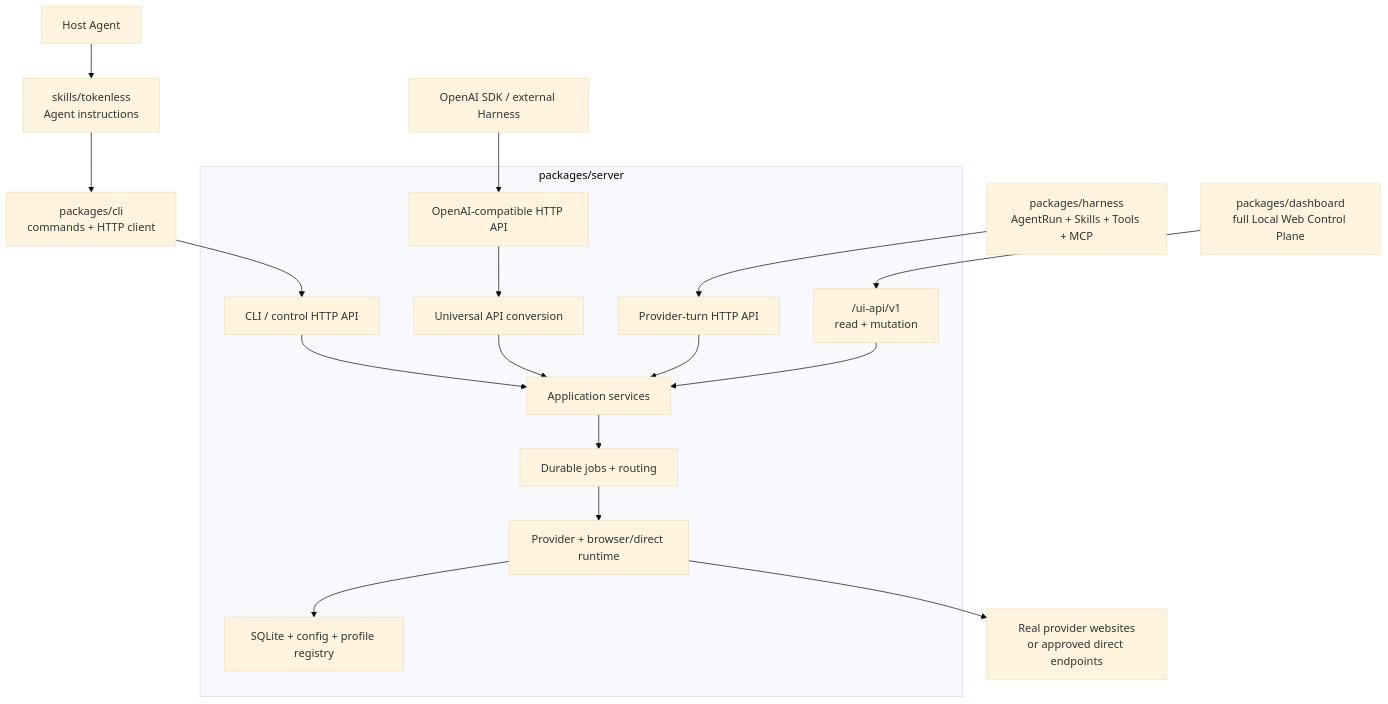
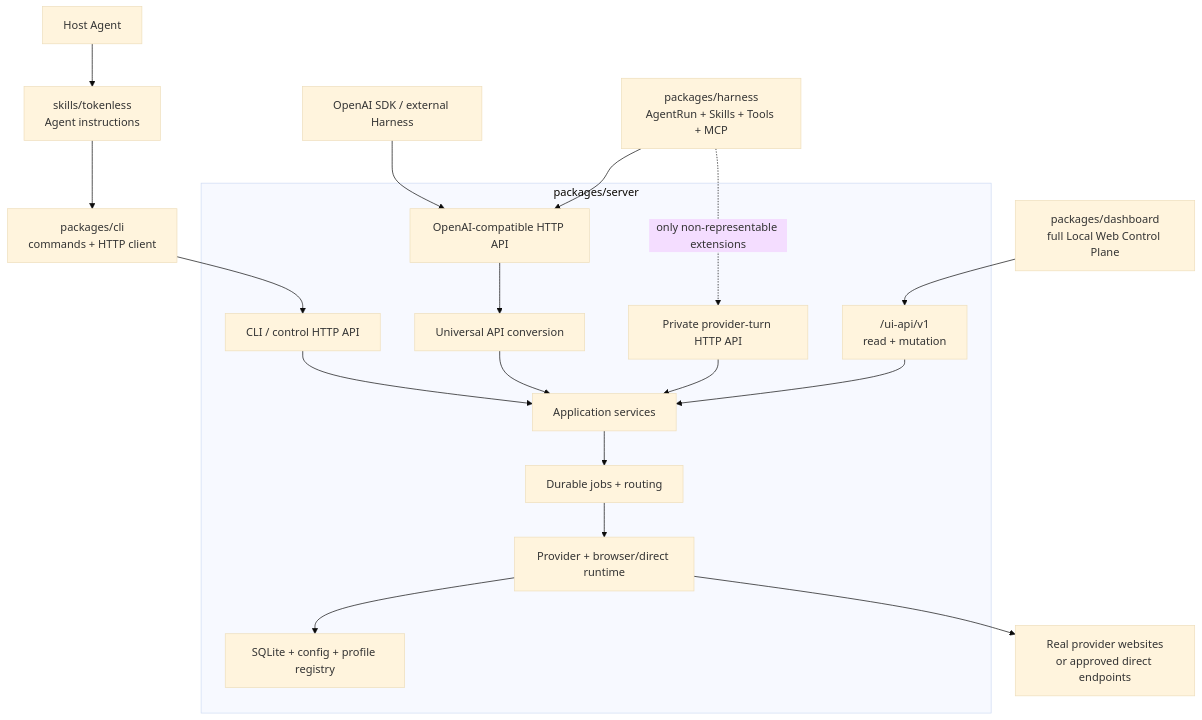
Before and after one commit to jazelly/tokenless: the diagram in docs/roadmaps/archived/P0-runtime-package-boundary-refactor.md, drawn with Mermaid (base theme). The commit also changed other lines of this file and 27 other files, not shown here.

````diff
--- a/docs/roadmaps/archived/P0-runtime-package-boundary-refactor.md
+++ b/docs/roadmaps/archived/P0-runtime-package-boundary-refactor.md
@@ -49,22 +49,23 @@
 ```mermaid
 flowchart TB
   Agent["Host Agent"] --> Skill["skills/tokenless<br/>Agent instructions"]
   Skill --> CLI["packages/cli<br/>commands + HTTP client"]
   External["OpenAI SDK / external Harness"] --> OpenAI["OpenAI-compatible HTTP API"]
-  Harness["packages/harness<br/>AgentRun + Skills + Tools + MCP"] --> Turn["Provider-turn HTTP API"]
+  Harness["packages/harness<br/>AgentRun + Skills + Tools + MCP"] --> OpenAI
+  Harness -. "only non-representable extensions" .-> Turn["Private provider-turn HTTP API"]
   CLI --> Control["CLI / control HTTP API"]
   Dashboard["packages/dashboard<br/>full Local Web Control Plane"] --> UIAPI["/ui-api/v1<br/>read + mutation"]
 
   subgraph Server["packages/server"]
     OpenAI --> Universal["Universal API conversion"]
     Turn --> Application["Application services"]
     Control --> Application
     UIAPI --> Application
     Universal --> Application
     Application --> Jobs["Durable jobs + routing"]
     Jobs --> Runtime["Provider + browser/direct runtime"]
     Runtime --> Persistence["SQLite + config + profile registry"]
   end
 
   Runtime --> Provider["Real provider websites<br/>or approved direct endpoints"]
 ```
````
